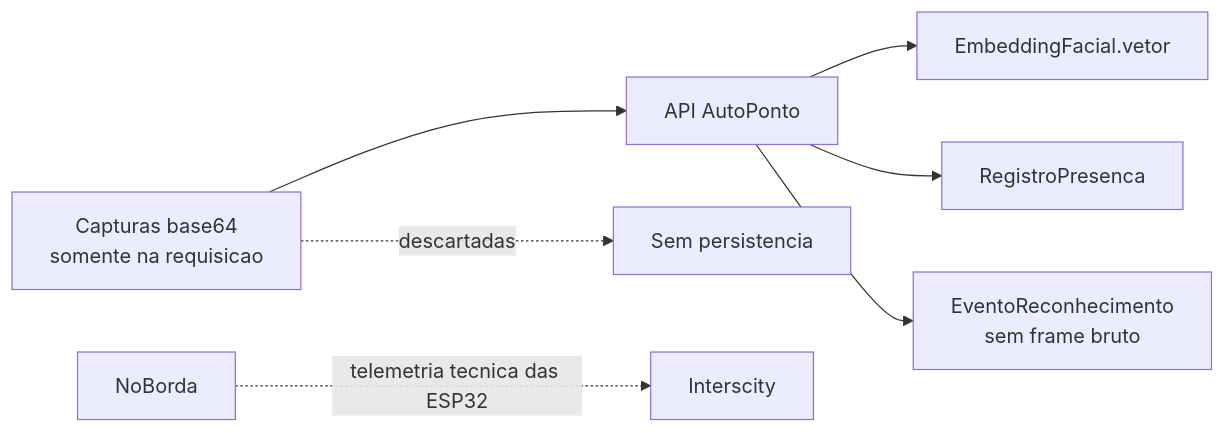
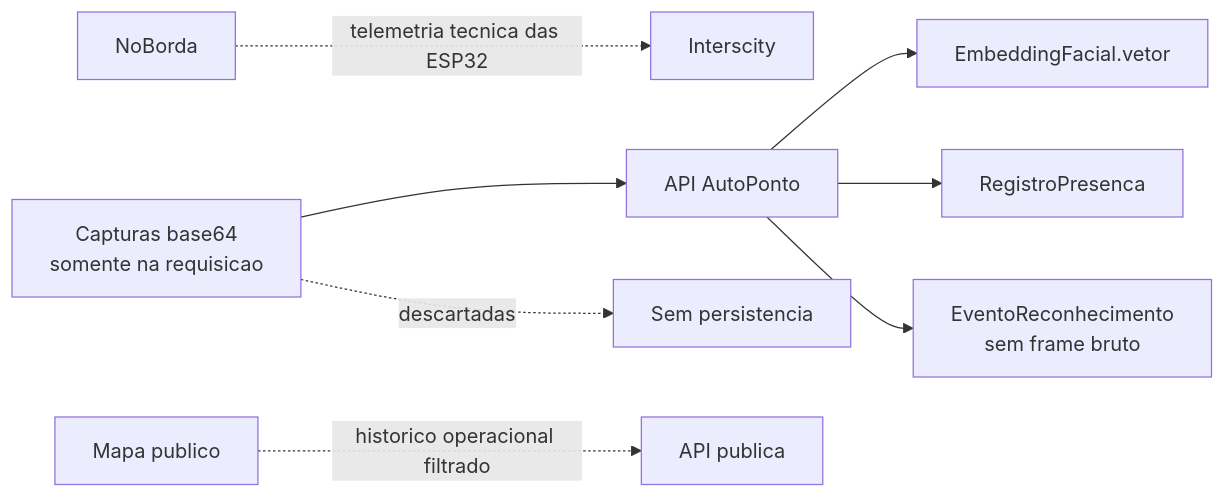
Before and after one commit to DanielKGM/autoponto: the tenth of 10 diagrams in autoponto-backend/docs/diagramas-tcc.md, drawn with Mermaid. The commit also changed other lines of this file and 29 other files, not shown here.

````diff
--- a/autoponto-backend/docs/diagramas-tcc.md
+++ b/autoponto-backend/docs/diagramas-tcc.md
@@ -207,9 +199,10 @@
 ```mermaid
 flowchart LR
     Capturas["Capturas base64\nsomente na requisicao"] --> API["API AutoPonto"]
     API --> Vetor["EmbeddingFacial.vetor"]
     API --> Presenca["RegistroPresenca"]
     API --> Evento["EventoReconhecimento\nsem frame bruto"]
     Edge["NoBorda"] -. "telemetria tecnica das ESP32" .-> IC["Interscity"]
+    Mapa["Mapa publico"] -. "historico operacional filtrado" .-> APIMapa["API publica"]
     Capturas -. "descartadas" .-> Descarte["Sem persistencia"]
 ```
````
